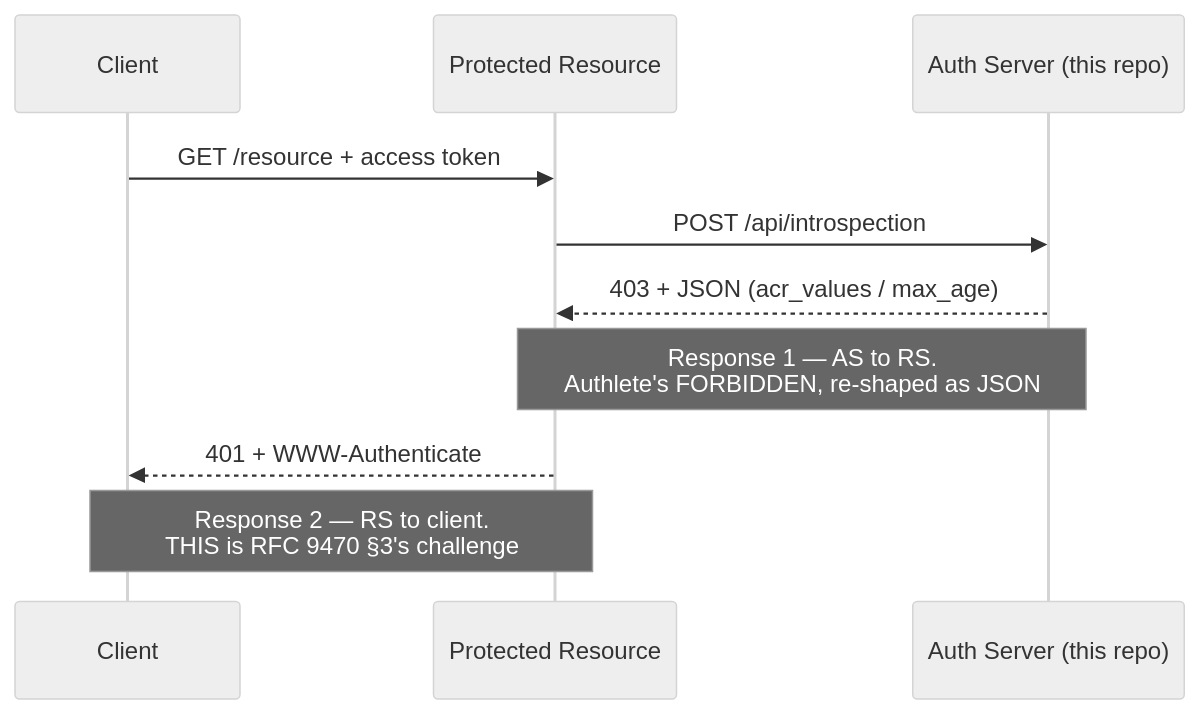
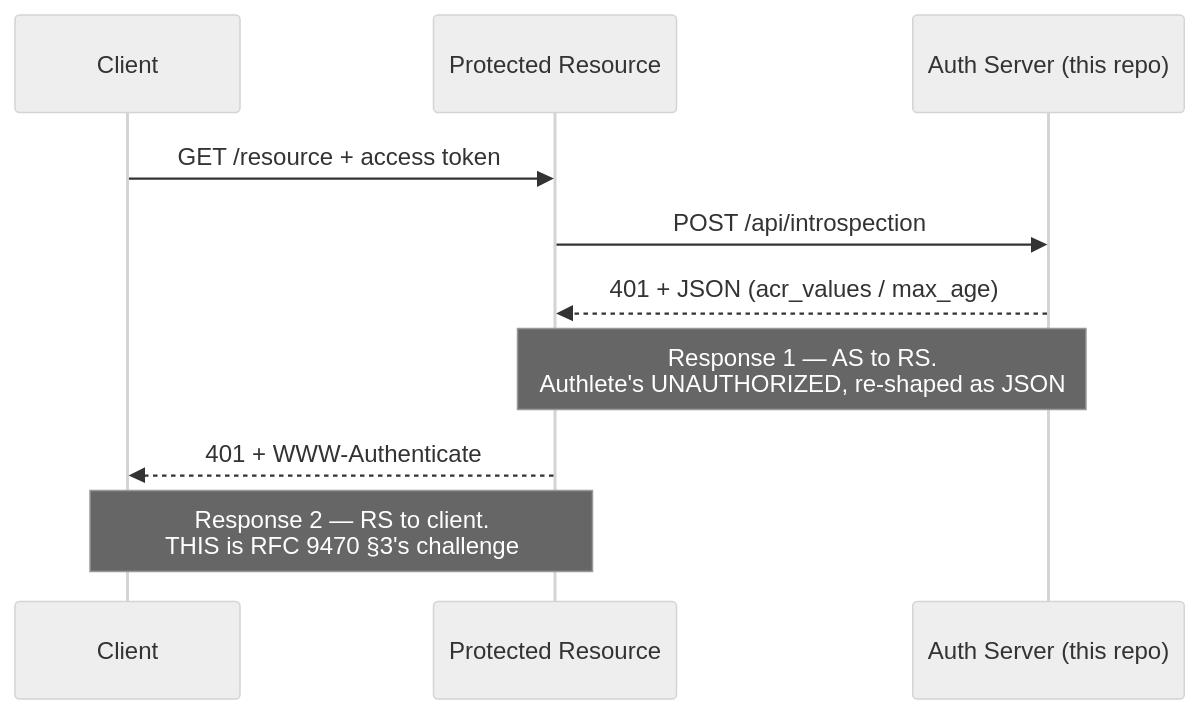
One commit to blackadi/OAUTH2.0 changed the third of 3 diagrams in docs/STEP-UP-AUTH-TUTORIAL.md. Above: the diagram before and after it, drawn with Mermaid (neutral theme). The commit also changed other lines of this file and 7 other files, not shown here.

````diff
--- a/docs/STEP-UP-AUTH-TUTORIAL.md
+++ b/docs/STEP-UP-AUTH-TUTORIAL.md
@@ -277,13 +283,13 @@
 ```mermaid
 sequenceDiagram
     participant C as Client
     participant RS as Protected Resource
     participant AS as Auth Server (this repo)
 
     C->>RS: GET /resource + access token
     RS->>AS: POST /api/introspection
-    AS-->>RS: 403 + JSON (acr_values / max_age)
-    Note over AS,RS: Response 1 — AS to RS.<br/>Authlete's FORBIDDEN, re-shaped as JSON
+    AS-->>RS: 401 + JSON (acr_values / max_age)
+    Note over AS,RS: Response 1 — AS to RS.<br/>Authlete's UNAUTHORIZED, re-shaped as JSON
     RS-->>C: 401 + WWW-Authenticate
     Note over RS,C: Response 2 — RS to client.<br/>THIS is RFC 9470 §3's challenge
 ```
````
